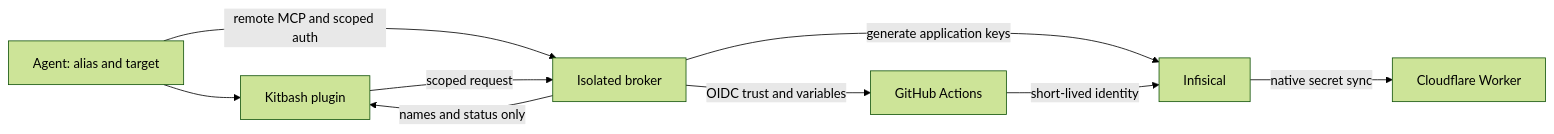
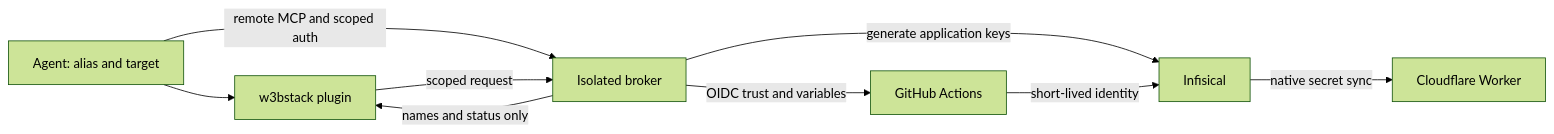
Before and after one commit to coop-collective/kitbash: the diagram in docs/SECRETS-BROKER.md, drawn with Mermaid (forest theme). The commit also changed other lines of this file and 34 other files, not shown here.

````diff
--- a/docs/SECRETS-BROKER.md
+++ b/docs/SECRETS-BROKER.md
@@ -14,11 +15,11 @@
 ```mermaid
 flowchart LR
-  A[Agent: alias and target] --> P[Kitbash plugin]
+  A[Agent: alias and target] --> P[w3bstack plugin]
   A -->|remote MCP and scoped auth| B[Isolated broker]
   P -->|scoped request| B[Isolated broker]
   B -->|generate application keys| I[Infisical]
   B -->|OIDC trust and variables| G[GitHub Actions]
   G -->|short-lived identity| I
   I -->|native secret sync| W[Cloudflare Worker]
   B -->|names and status only| P
 ```
````
